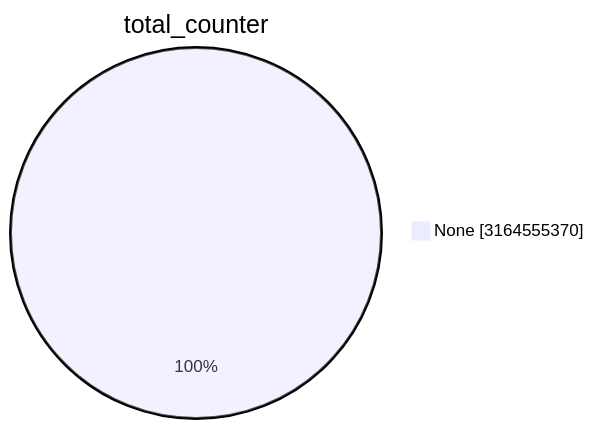
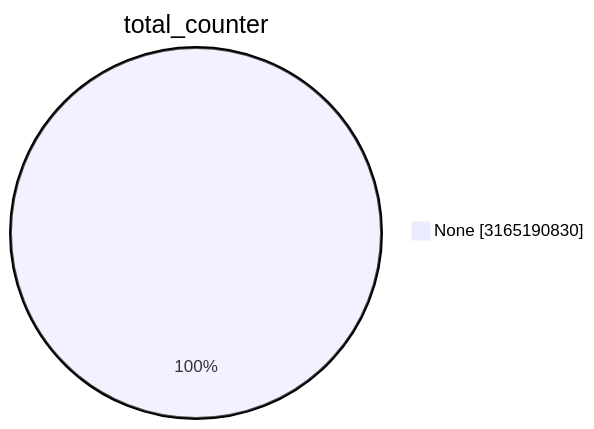
The first of 15 diagrams in TOTAL/README.md (christiankrug/ctmonitor_visualization), drawn with Mermaid before and after one commit. The commit also changed other lines of this file, not shown here.

````diff
--- a/TOTAL/README.md
+++ b/TOTAL/README.md
@@ -1,5 +1,5 @@
 ```mermaid
 pie showData
 title total_counter
-"None" :3164555370
+"None" :3165190830
 ```
````
